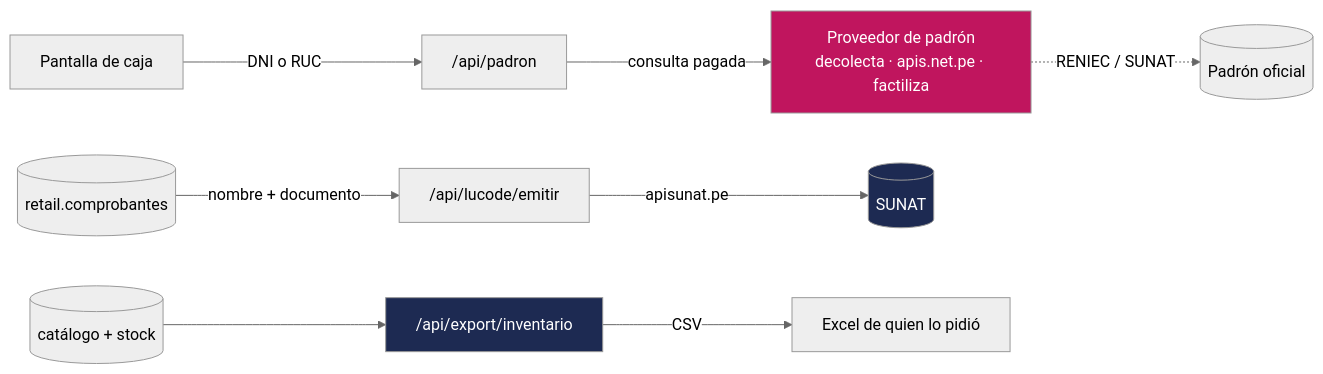
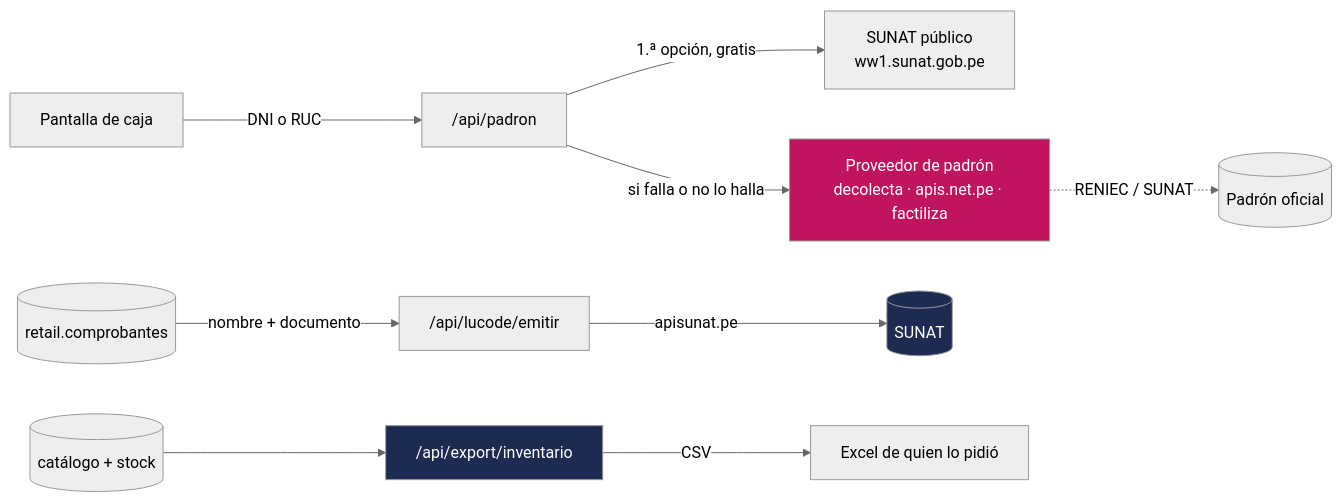
Before and after one commit to felipea92p-ux/cayla-retail: the diagram in docs/datos/06-DATOS-PERSONALES.md, drawn with Mermaid (neutral theme). The commit also changed other lines of this file and 10 other files, not shown here.

First line of the commit message:
feat(padron): consulta DNI/RUC primero a SUNAT público y cae al proveedor de pago

````diff
--- a/docs/datos/06-DATOS-PERSONALES.md
+++ b/docs/datos/06-DATOS-PERSONALES.md
@@ -259,13 +259,14 @@
 ```mermaid
 flowchart LR
     CAJA[Pantalla de caja] -->|DNI o RUC| PADRON["/api/padron"]
-    PADRON -->|consulta pagada| EXT["Proveedor de padrón<br/>decolecta · apis.net.pe · factiliza"]
+    PADRON -->|1.ª opción, gratis| PUB["SUNAT público<br/>ww1.sunat.gob.pe"]
+    PADRON -->|si falla o no lo halla| EXT["Proveedor de padrón<br/>decolecta · apis.net.pe · factiliza"]
     EXT -.->|RENIEC / SUNAT| FUENTE[(Padrón oficial)]
     COMP[(retail.comprobantes)] -->|nombre + documento| LUCODE["/api/lucode/emitir"]
     LUCODE -->|apisunat.pe| SUNAT[(SUNAT)]
     CAT[(catálogo + stock)] --> CSV["/api/export/inventario"]
     CSV -->|CSV| EXCEL[Excel de quien lo pidió]
     style EXT fill:#C0155E,color:#fff
     style SUNAT fill:#1D2A52,color:#fff
     style CSV fill:#1D2A52,color:#fff
 ```
````
